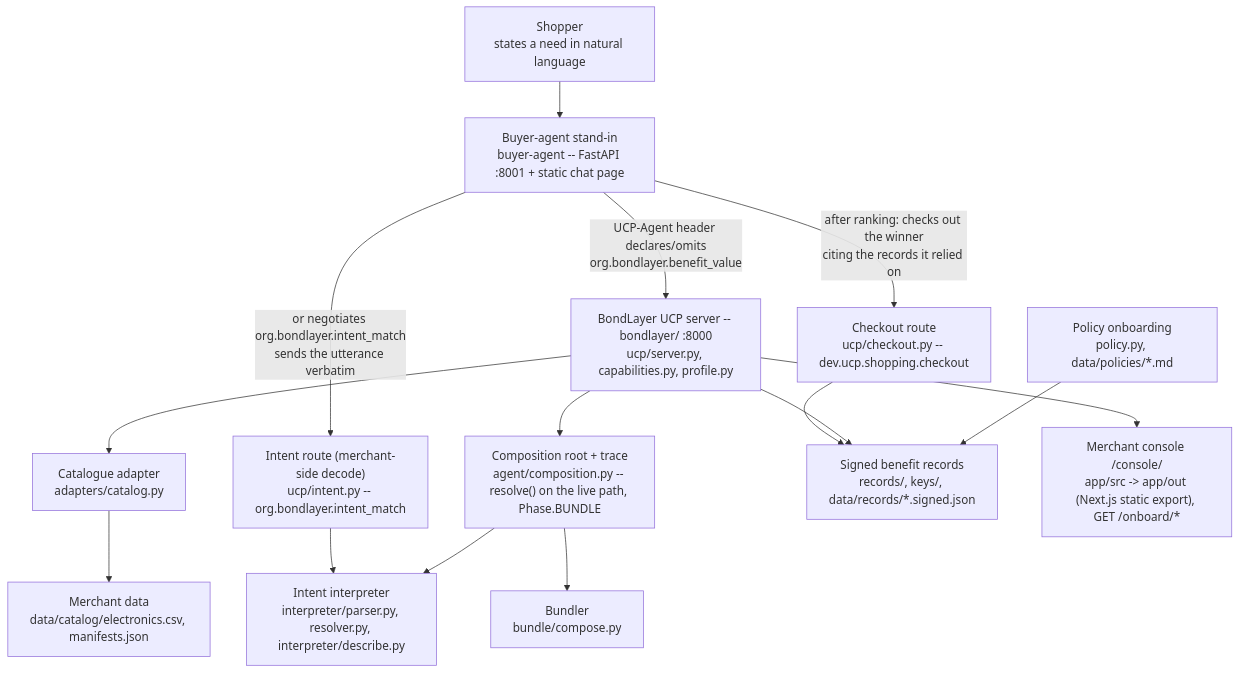
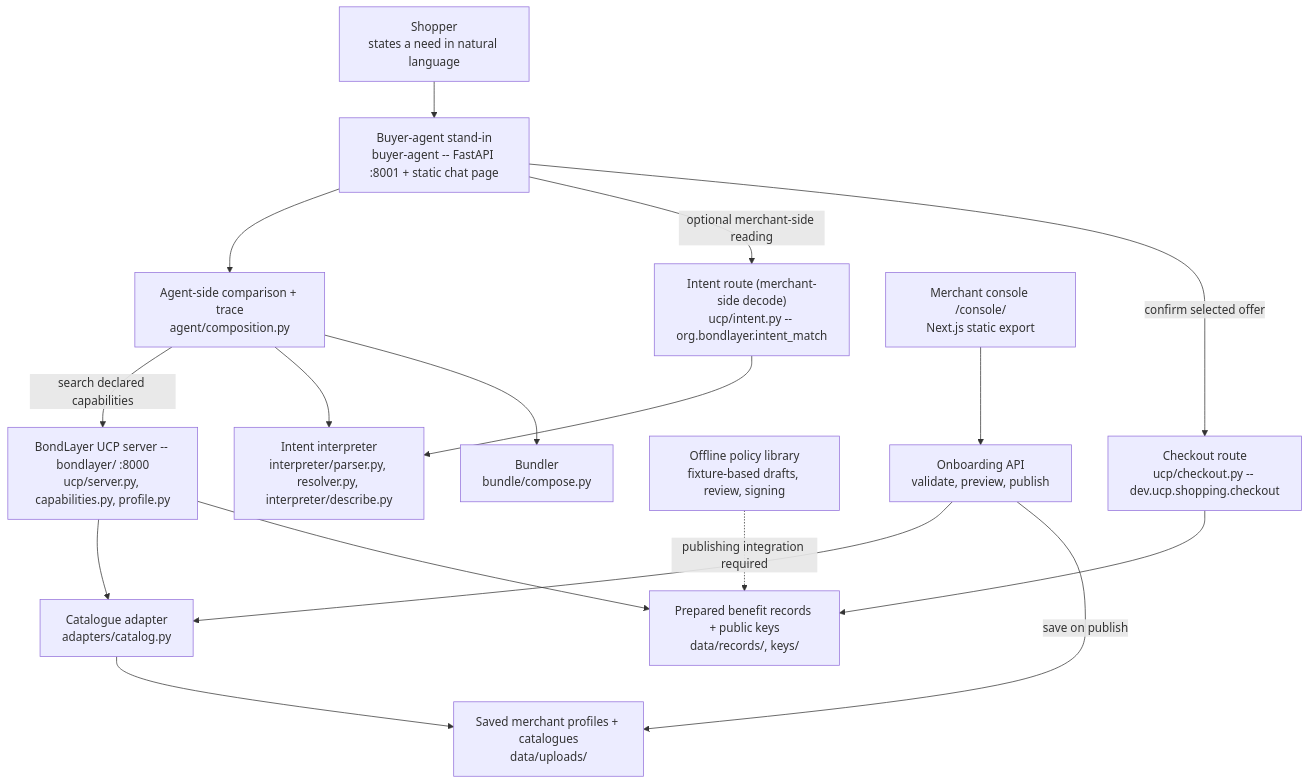
The diagram in README.md (kaiday/UAVSHackathon-BondLayer), drawn with Mermaid before and after one commit. The commit also changed other lines of this file and 104 other files, not shown here.

Commit message:
Start with real merchant onboarding instead of seeded demo data

````diff
--- a/README.md
+++ b/README.md
@@ -61,30 +330,33 @@
 ```mermaid
 flowchart TD
     Shopper["Shopper\nstates a need in natural language"]
     Agent["Buyer-agent stand-in\nbuyer-agent -- FastAPI :8001 + static chat page"]
     UCP["BondLayer UCP server -- bondlayer/ :8000\nucp/server.py, capabilities.py, profile.py"]
     Intent["Intent route (merchant-side decode)\nucp/intent.py -- org.bondlayer.intent_match"]
     Interp["Intent interpreter\ninterpreter/parser.py, resolver.py, interpreter/describe.py"]
-    Comp["Composition root + trace\nagent/composition.py -- resolve() on the live path, Phase.BUNDLE"]
+    Comp["Agent-side comparison + trace\nagent/composition.py"]
     Bundle["Bundler\nbundle/compose.py"]
     Adapter["Catalogue adapter\nadapters/catalog.py"]
-    Records["Signed benefit records\nrecords/, keys/, data/records/*.signed.json"]
-    Policy["Policy onboarding\npolicy.py, data/policies/*.md"]
-    Data["Merchant data\ndata/catalog/electronics.csv, manifests.json"]
-    Dash["Merchant console /console/\napp/src -> app/out (Next.js static export), GET /onboard/*"]
+    Records["Prepared benefit records + public keys\ndata/records/, keys/"]
+    Policy["Offline policy library\nfixture-based drafts, review, signing"]
+    Data["Saved merchant profiles + catalogues\ndata/uploads/"]
+    Dash["Merchant console /console/\nNext.js static export"]
+    Onboard["Onboarding API\nvalidate, preview, publish"]
     Checkout["Checkout route\nucp/checkout.py -- dev.ucp.shopping.checkout"]
 
     Shopper --> Agent
-    Agent -- "UCP-Agent header declares/omits\norg.bondlayer.benefit_value" --> UCP
-    Agent -- "or negotiates org.bondlayer.intent_match\nsends the utterance verbatim" --> Intent
-    Agent -- "after ranking: checks out the winner\nciting the records it relied on" --> Checkout
+    Agent --> Comp
+    Comp -- "search declared capabilities" --> UCP
+    Agent -- "optional merchant-side reading" --> Intent
+    Agent -- "confirm selected offer" --> Checkout
     Checkout --> Records
     Intent --> Interp
     UCP --> Adapter --> Data
     UCP --> Records
-    UCP --> Comp
     Comp --> Interp
     Comp --> Bundle
-    Policy --> Records
-    UCP --> Dash
+    Dash --> Onboard
+    Onboard --> Adapter
+    Onboard -- "save on publish" --> Data
+    Policy -. "publishing integration required" .-> Records
 ```
````
